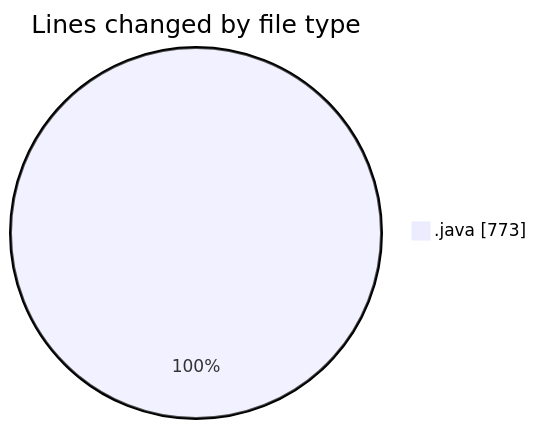
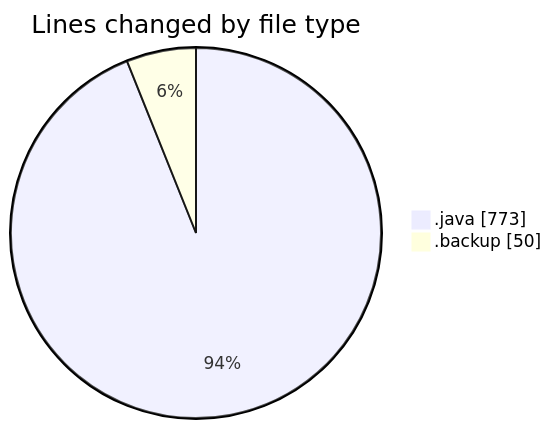
Before and after one commit to ricardozamudiocil/code-tracking: the first of 2 diagrams in 2026-02-26/cilapp/README.md, drawn with Mermaid. The commit also changed other lines of this file and 1 other file, not shown here.

````diff
--- a/2026-02-26/cilapp/README.md
+++ b/2026-02-26/cilapp/README.md
@@ -23,5 +24,6 @@
 ```mermaid
 pie showData
 title Lines changed by file type
 ".java" : 773
+".backup" : 50
 ```
````
